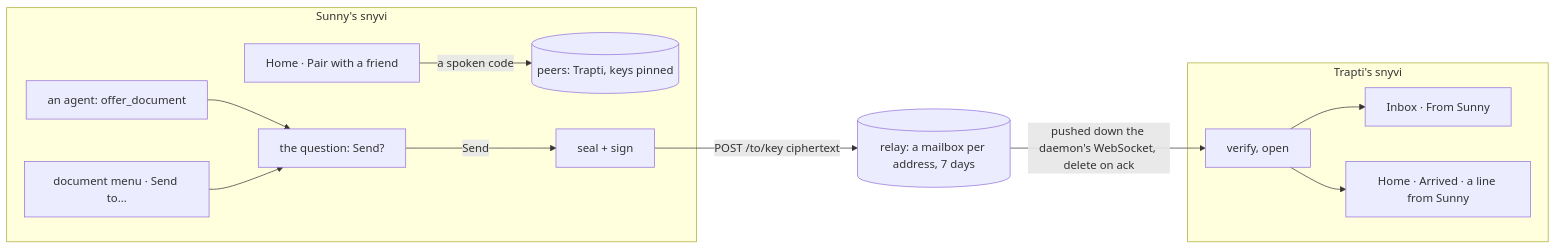
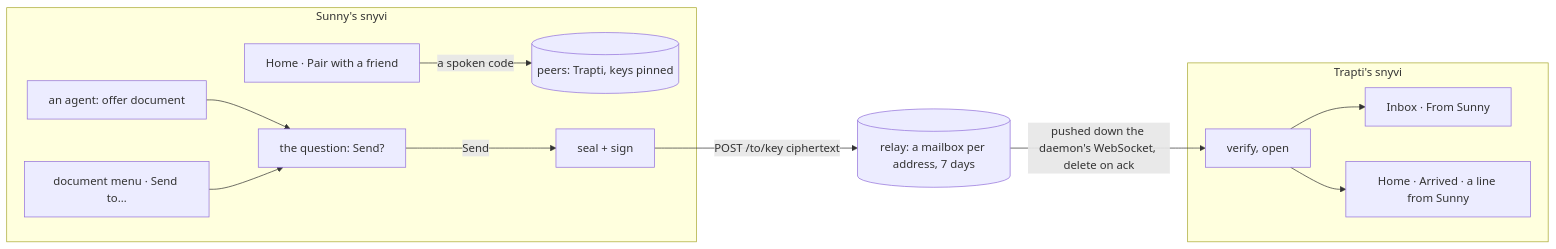
Before and after one commit to snymrova/snyvi: the first of 5 diagrams in docs/PEER.md, drawn with Mermaid. The commit also changed other lines of this file and 33 other files, not shown here.

````diff
--- a/docs/PEER.md
+++ b/docs/PEER.md
@@ -14,15 +14,15 @@
 ```mermaid
 flowchart LR
   subgraph S["Sunny's snyvi"]
     H[Home · Pair with a friend] -->|a spoken code| P[(peers: Trapti, keys pinned)]
-    A[an agent: offer_document] --> Q[the question: Send?]
+    A[an agent: offer document] --> Q[the question: Send?]
     M[document menu · Send to…] --> Q
     Q -->|Send| E[seal + sign]
   end
   E -->|POST /to/key ciphertext| W[(relay: a mailbox per address, 7 days)]
   W -->|pushed down the daemon's WebSocket, delete on ack| R
   subgraph T["Trapti's snyvi"]
     R[verify, open] --> I[Inbox · From Sunny]
     R --> N[Home · Arrived · a line from Sunny]
   end
 ```
````
